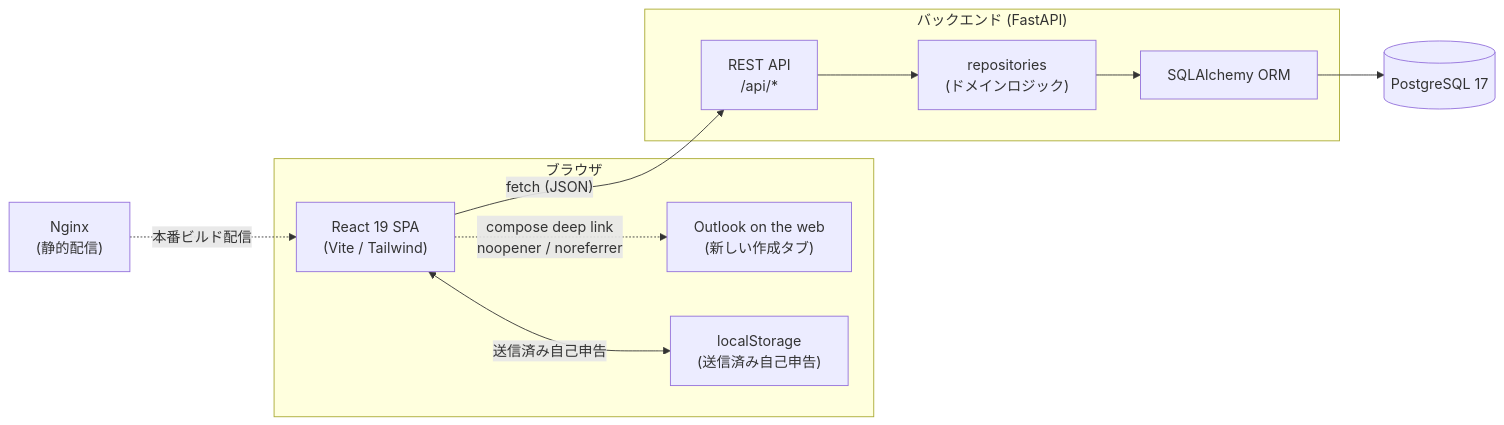
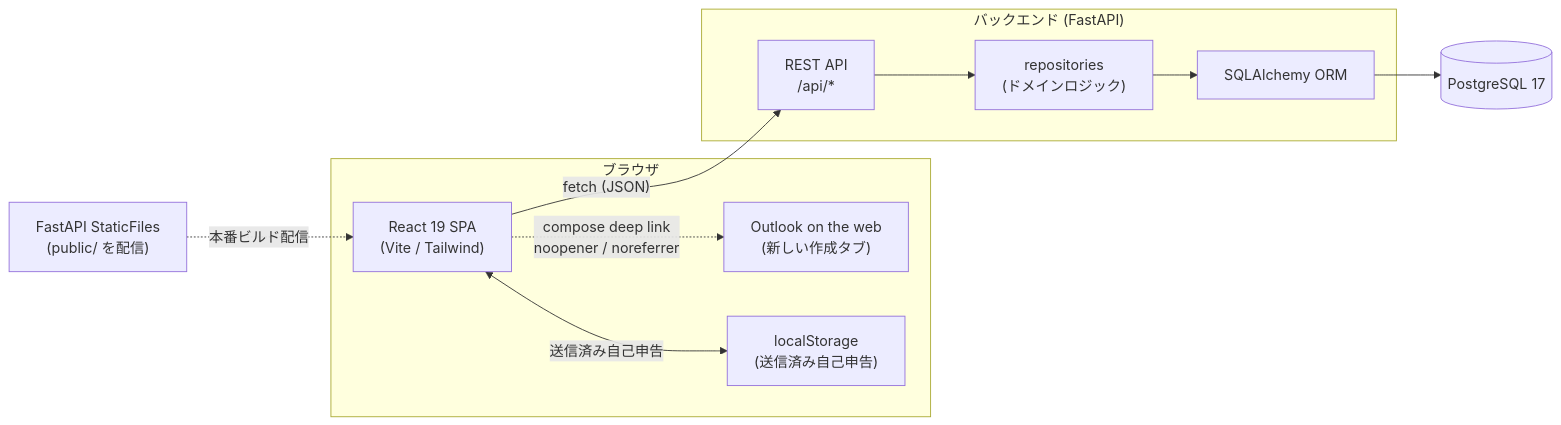
Before and after one commit to sudabon/laborman: the first of 6 diagrams in docs/ARCHITECTURE.md, drawn with Mermaid. The commit also changed other lines of this file and 162 other files, not shown here.

````diff
--- a/docs/ARCHITECTURE.md
+++ b/docs/ARCHITECTURE.md
@@ -7,23 +9,23 @@
 ```mermaid
 flowchart LR
     subgraph Client["ブラウザ"]
         SPA["React 19 SPA<br/>(Vite / Tailwind)"]
         OWA["Outlook on the web<br/>(新しい作成タブ)"]
         LS["localStorage<br/>(送信済み自己申告)"]
     end
 
     subgraph Server["バックエンド (FastAPI)"]
         API["REST API<br/>/api/*"]
         Repo["repositories<br/>(ドメインロジック)"]
         ORM["SQLAlchemy ORM"]
     end
 
     DB[("PostgreSQL 17")]
 
     SPA -->|"fetch (JSON)"| API
     SPA -.->|"compose deep link<br/>noopener / noreferrer"| OWA
     SPA <-->|"送信済み自己申告"| LS
     API --> Repo --> ORM --> DB
 
-    Nginx["Nginx<br/>(静的配信)"] -.->|"本番ビルド配信"| SPA
+    Static["FastAPI StaticFiles<br/>(public/ を配信)"] -.->|"本番ビルド配信"| SPA
 ```
````
